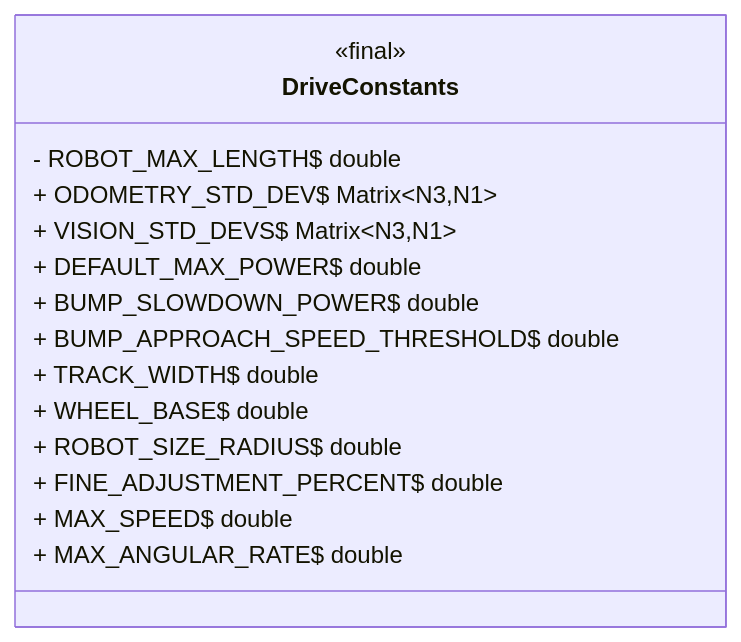
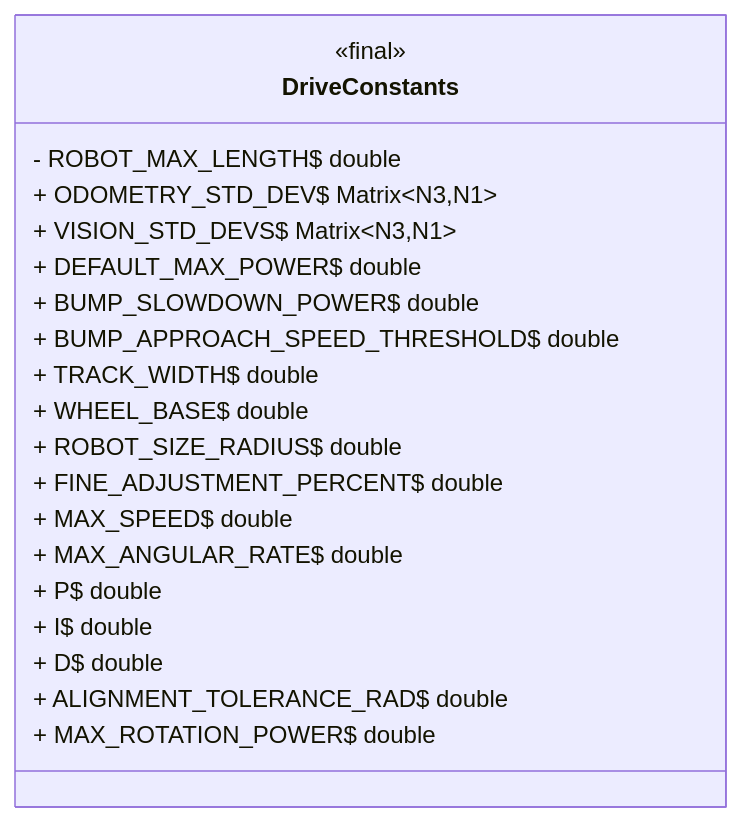
One commit to LakotaRobotics1038/2026RobotProject changed the diagram in src/uml/frc/robot/constants/DriveConstants.mmd. Above: the diagram before and after it, drawn with Mermaid. The commit also changed 4 other files, not shown here.

Commit message:
Update uml

```diff
--- a/src/uml/frc/robot/constants/DriveConstants.mmd
+++ b/src/uml/frc/robot/constants/DriveConstants.mmd
@@ -1,18 +1,23 @@
 classDiagram
   direction LR
 
   class DriveConstants {
     <<final>>
     - ROBOT_MAX_LENGTH$ double
     + ODOMETRY_STD_DEV$ Matrix~N3,N1~
     + VISION_STD_DEVS$ Matrix~N3,N1~
     + DEFAULT_MAX_POWER$ double
     + BUMP_SLOWDOWN_POWER$ double
     + BUMP_APPROACH_SPEED_THRESHOLD$ double
     + TRACK_WIDTH$ double
     + WHEEL_BASE$ double
     + ROBOT_SIZE_RADIUS$ double
     + FINE_ADJUSTMENT_PERCENT$ double
     + MAX_SPEED$ double
     + MAX_ANGULAR_RATE$ double
+    + P$ double
+    + I$ double
+    + D$ double
+    + ALIGNMENT_TOLERANCE_RAD$ double
+    + MAX_ROTATION_POWER$ double
   }
```
